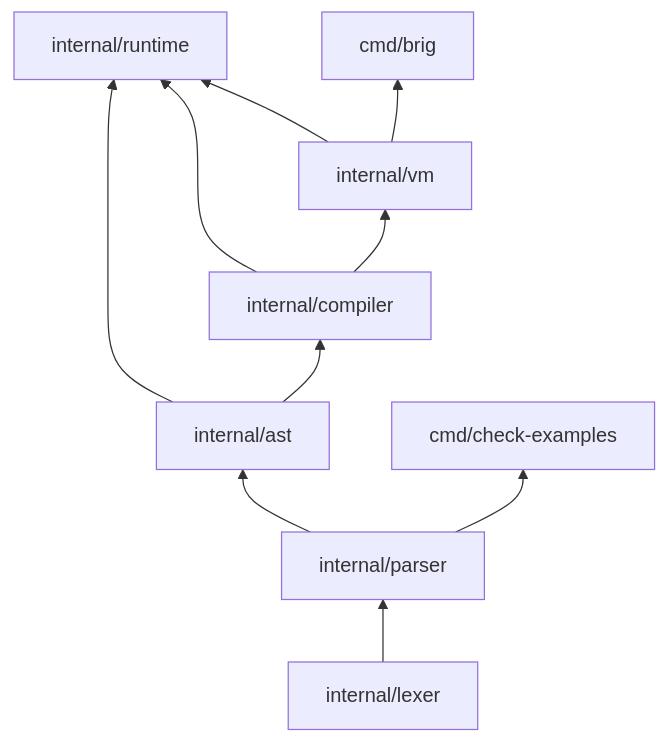
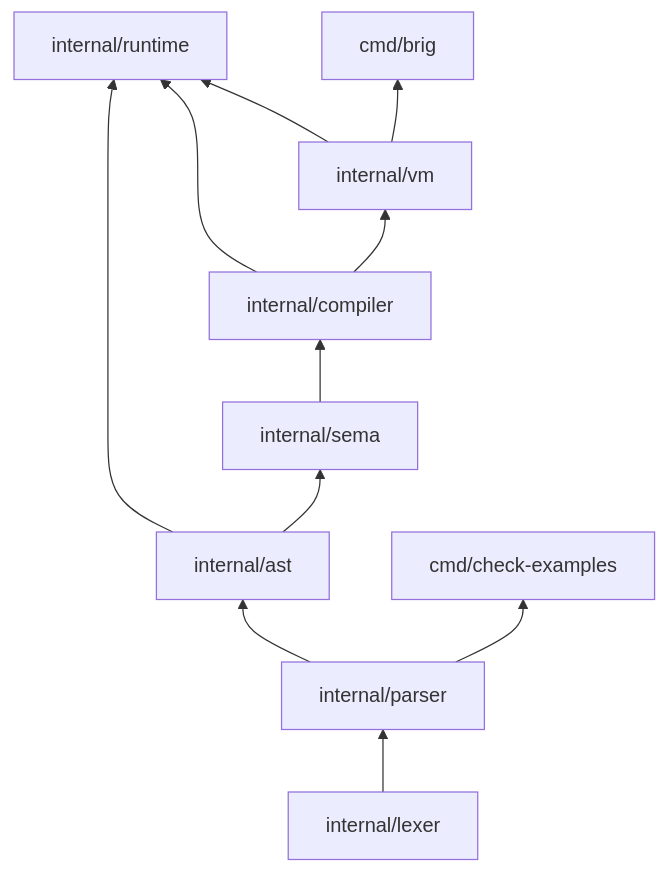
Before and after one commit to it1ro/brig-lang: the fourth of 4 diagrams in docs/architecture.md, drawn with Mermaid. The commit also changed other lines of this file, not shown here.

Commit message:
docs: update architecture

````diff
--- a/docs/architecture.md
+++ b/docs/architecture.md
@@ -205,12 +227,13 @@
 ```mermaid
 graph BT
     LEX["internal/lexer"] --> PAR["internal/parser"]
     PAR --> AST["internal/ast"]
-    AST --> COMP["internal/compiler"]
+    AST --> SEMA["internal/sema"]
+    SEMA --> COMP["internal/compiler"]
     AST --> RUN["internal/runtime"]
     COMP --> VM["internal/vm"]
     COMP --> RUN
     VM --> RUN
     PAR --> CE["cmd/check-examples"]
     VM --> CMD["cmd/brig"]
 ```
````
